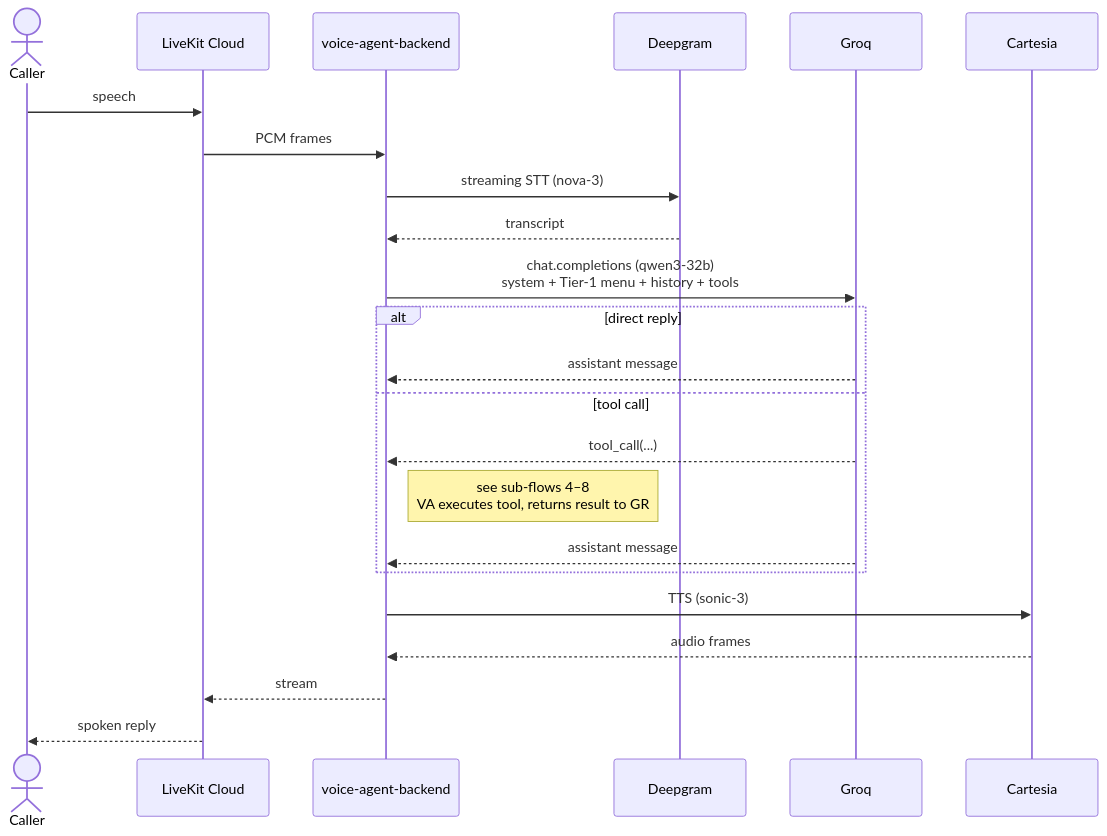
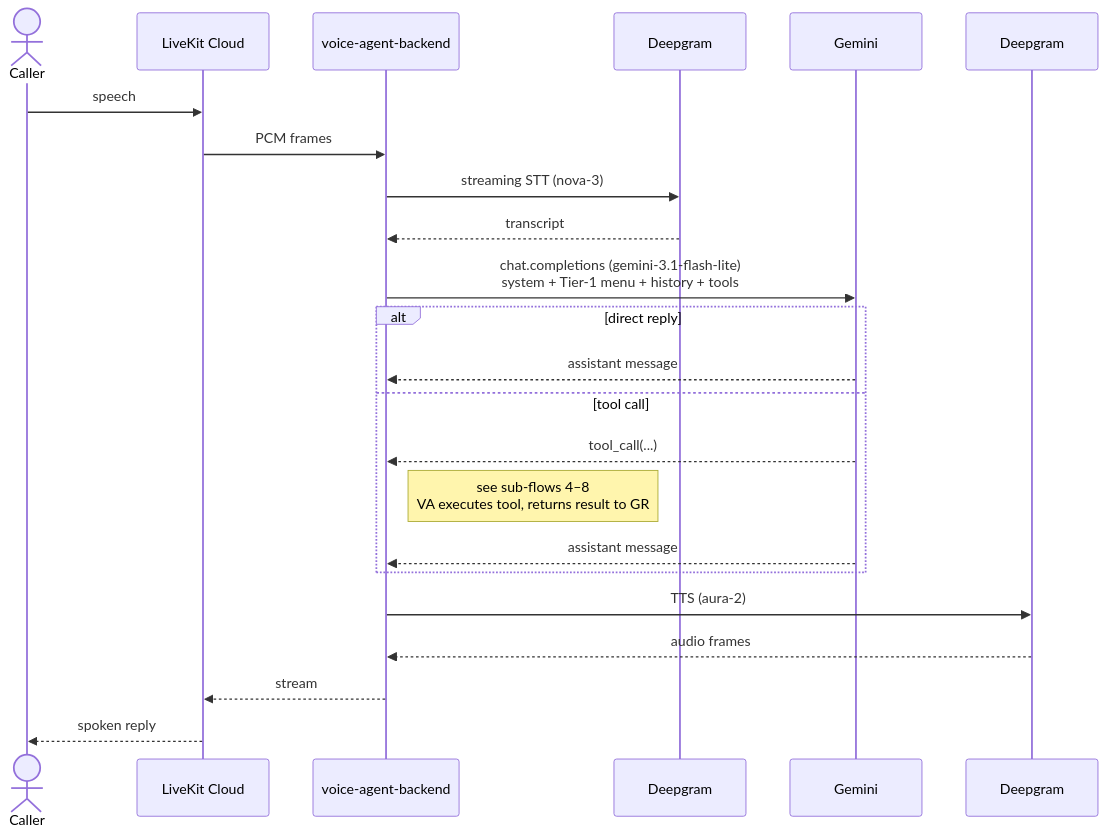
Before and after one commit to voco-dine/org-wiki: the third of 10 diagrams in docs/system-specification/sequence.md, drawn with Mermaid. The commit also changed other lines of this file and 14 other files, not shown here.

````diff
--- a/docs/system-specification/sequence.md
+++ b/docs/system-specification/sequence.md
@@ -80,26 +80,26 @@
 ```mermaid
 sequenceDiagram
     actor Caller
     participant LK as LiveKit Cloud
     participant VA as voice-agent-backend
     participant DG as Deepgram
-    participant GR as Groq
-    participant CT as Cartesia
+    participant GR as Gemini
+    participant CT as Deepgram
 
     Caller->>LK: speech
     LK->>VA: PCM frames
     VA->>DG: streaming STT (nova-3)
     DG-->>VA: transcript
-    VA->>GR: chat.completions (qwen3-32b)<br/>system + Tier-1 menu + history + tools
+    VA->>GR: chat.completions (gemini-3.1-flash-lite)<br/>system + Tier-1 menu + history + tools
     alt direct reply
         GR-->>VA: assistant message
     else tool call
         GR-->>VA: tool_call(...)
         Note right of VA: see sub-flows 4–8<br/>VA executes tool, returns result to GR
         GR-->>VA: assistant message
     end
-    VA->>CT: TTS (sonic-3)
+    VA->>CT: TTS (aura-2)
     CT-->>VA: audio frames
     VA-->>LK: stream
     LK-->>Caller: spoken reply
 ```
````
